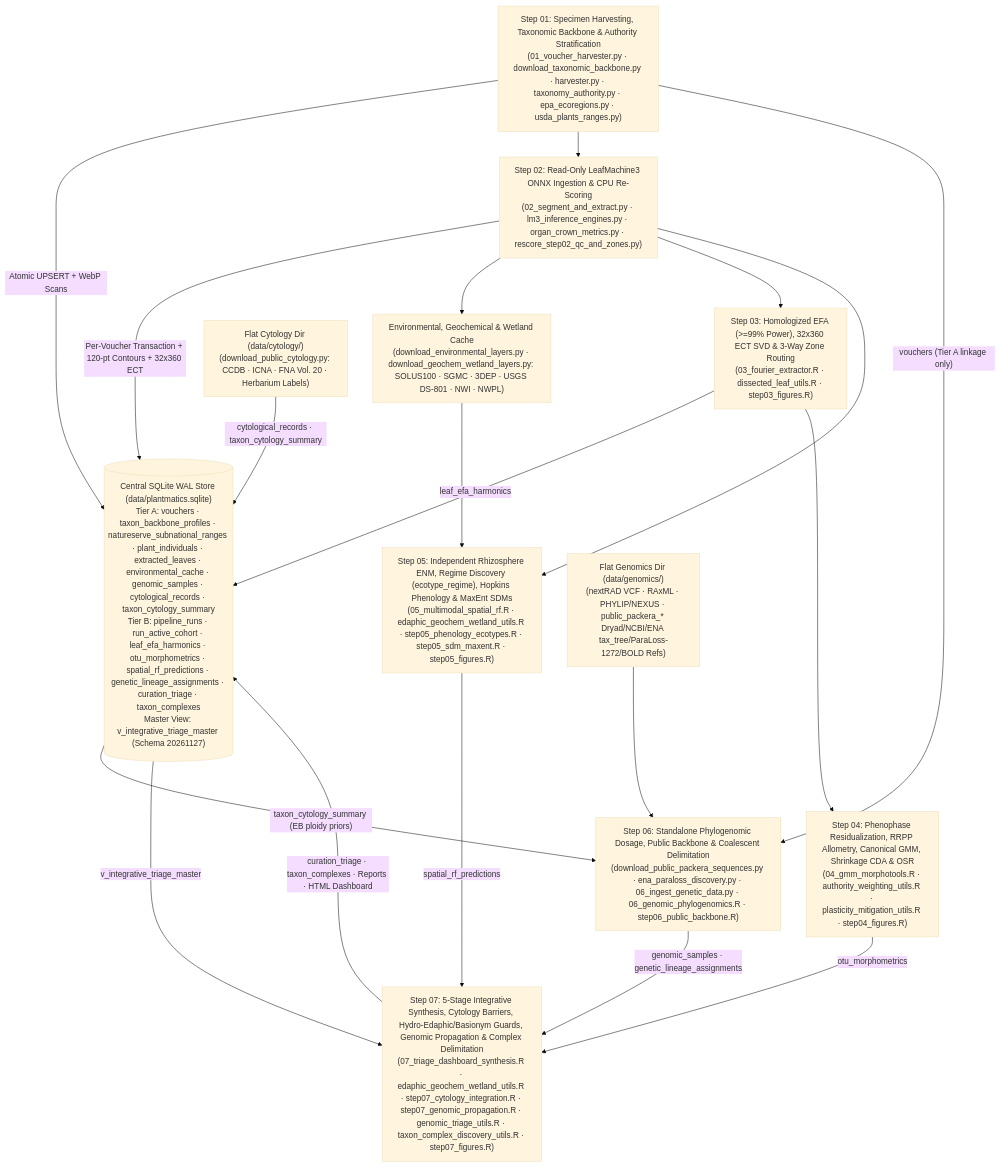
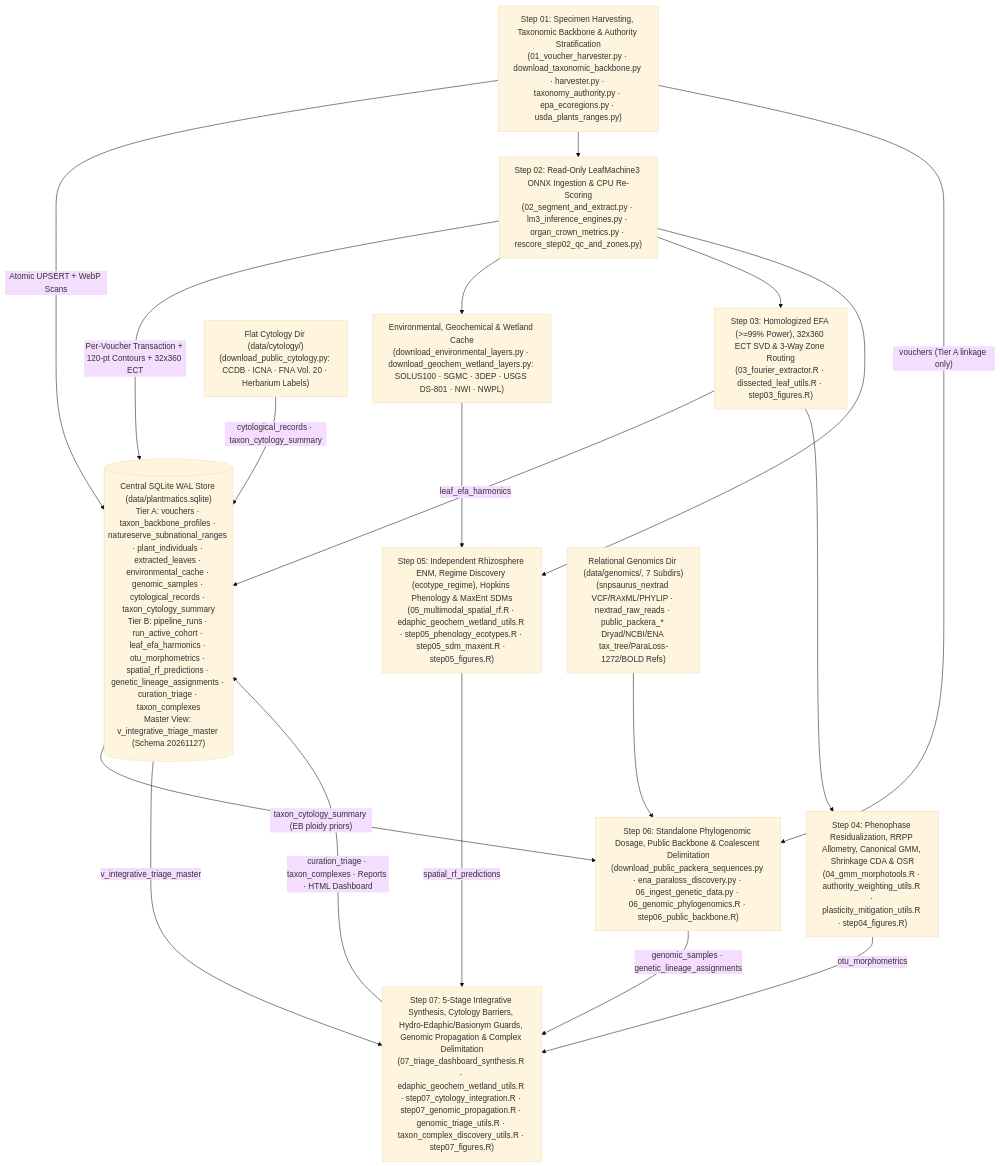
The diagram in README.md (Plantatsrophe/Packera_dubia_morphometrics), drawn with Mermaid (base theme) before and after one commit. The commit also changed other lines of this file and 13 other files, not shown here.

Commit message:
refactor: reorganize genomics data directory into structured subdirectories and update pipelines

````diff
--- a/README.md
+++ b/README.md
@@ -31,23 +31,23 @@
 ```mermaid
 flowchart TD
     DB[("Central SQLite WAL Store (data/plantmatics.sqlite)\nTier A: vouchers · taxon_backbone_profiles · natureserve_subnational_ranges · plant_individuals · extracted_leaves · environmental_cache · genomic_samples · cytological_records · taxon_cytology_summary\nTier B: pipeline_runs · run_active_cohort · leaf_efa_harmonics · otu_morphometrics · spatial_rf_predictions · genetic_lineage_assignments · curation_triage · taxon_complexes\nMaster View: v_integrative_triage_master (Schema 20261127)")]
 
     S1["Step 01: Specimen Harvesting, Taxonomic Backbone & Authority Stratification\n(01_voucher_harvester.py · download_taxonomic_backbone.py · harvester.py · taxonomy_authority.py · epa_ecoregions.py · usda_plants_ranges.py)"] -->|"Atomic UPSERT + WebP Scans"| DB
     S1 --> S2["Step 02: Read-Only LeafMachine3 ONNX Ingestion & CPU Re-Scoring\n(02_segment_and_extract.py · lm3_inference_engines.py · organ_crown_metrics.py · rescore_step02_qc_and_zones.py)"]
     S2 -->|"Per-Voucher Transaction + 120-pt Contours + 32x360 ECT"| DB
     S2 --> E0["Environmental, Geochemical & Wetland Cache\n(download_environmental_layers.py · download_geochem_wetland_layers.py: SOLUS100 · SGMC · 3DEP · USGS DS-801 · NWI · NWPL)"]
     S2 --> S3["Step 03: Homologized EFA (>=99% Power), 32x360 ECT SVD & 3-Way Zone Routing\n(03_fourier_extractor.R · dissected_leaf_utils.R · step03_figures.R)"]
     S3 -->|"leaf_efa_harmonics"| DB
     S3 --> S4["Step 04: Phenophase Residualization, RRPP Allometry, Canonical GMM, Shrinkage CDA & OSR\n(04_gmm_morphotools.R · authority_weighting_utils.R · plasticity_mitigation_utils.R · step04_figures.R)"]
     S4 -->|"otu_morphometrics"| S7
     S2 --> S5["Step 05: Independent Rhizosphere ENM, Regime Discovery (ecotype_regime), Hopkins Phenology & MaxEnt SDMs\n(05_multimodal_spatial_rf.R · edaphic_geochem_wetland_utils.R · step05_phenology_ecotypes.R · step05_sdm_maxent.R · step05_figures.R)"]
     E0 --> S5
     S5 -->|"spatial_rf_predictions"| S7
-    G0["Flat Genomics Dir (data/genomics/)\n(nextRAD VCF · RAxML · PHYLIP/NEXUS · public_packera_* Dryad/NCBI/ENA tax_tree/ParaLoss-1272/BOLD Refs)"] --> S6["Step 06: Standalone Phylogenomic Dosage, Public Backbone & Coalescent Delimitation\n(download_public_packera_sequences.py · ena_paraloss_discovery.py · 06_ingest_genetic_data.py · 06_genomic_phylogenomics.R · step06_public_backbone.R)"]
+    G0["Relational Genomics Dir (data/genomics/, 7 Subdirs)\n(snpsaurus_nextrad VCF/RAxML/PHYLIP · nextrad_raw_reads · public_packera_* Dryad/NCBI/ENA tax_tree/ParaLoss-1272/BOLD Refs)"] --> S6["Step 06: Standalone Phylogenomic Dosage, Public Backbone & Coalescent Delimitation\n(download_public_packera_sequences.py · ena_paraloss_discovery.py · 06_ingest_genetic_data.py · 06_genomic_phylogenomics.R · step06_public_backbone.R)"]
     S1 -->|"vouchers (Tier A linkage only)"| S6
     S6 -->|"genomic_samples · genetic_lineage_assignments"| S7
     C0["Flat Cytology Dir (data/cytology/)\n(download_public_cytology.py: CCDB · ICNA · FNA Vol. 20 · Herbarium Labels)"] -->|"cytological_records · taxon_cytology_summary"| DB
     DB -->|"taxon_cytology_summary (EB ploidy priors)"| S6
     DB -->|"v_integrative_triage_master"| S7["Step 07: 5-Stage Integrative Synthesis, Cytology Barriers, Hydro-Edaphic/Basionym Guards, Genomic Propagation & Complex Delimitation\n(07_triage_dashboard_synthesis.R · edaphic_geochem_wetland_utils.R · step07_cytology_integration.R · step07_genomic_propagation.R · genomic_triage_utils.R · taxon_complex_discovery_utils.R · step07_figures.R)"]
     S7 -->|"curation_triage · taxon_complexes · Reports · HTML Dashboard"| DB
 ```
````
